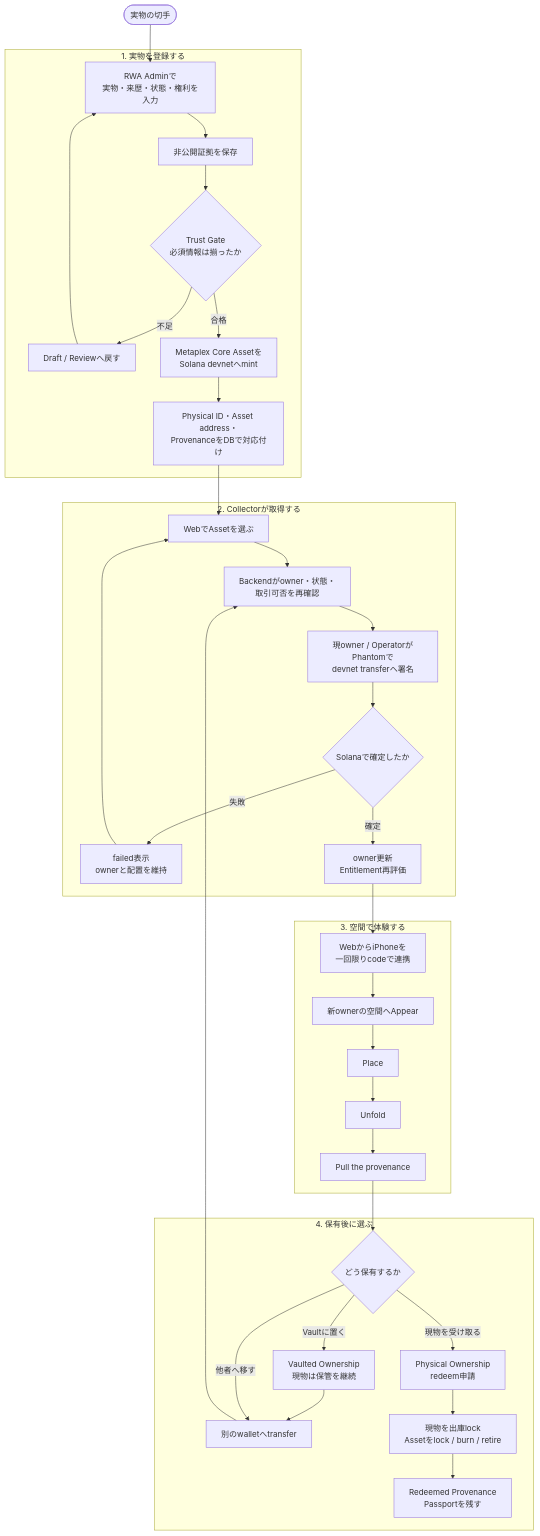
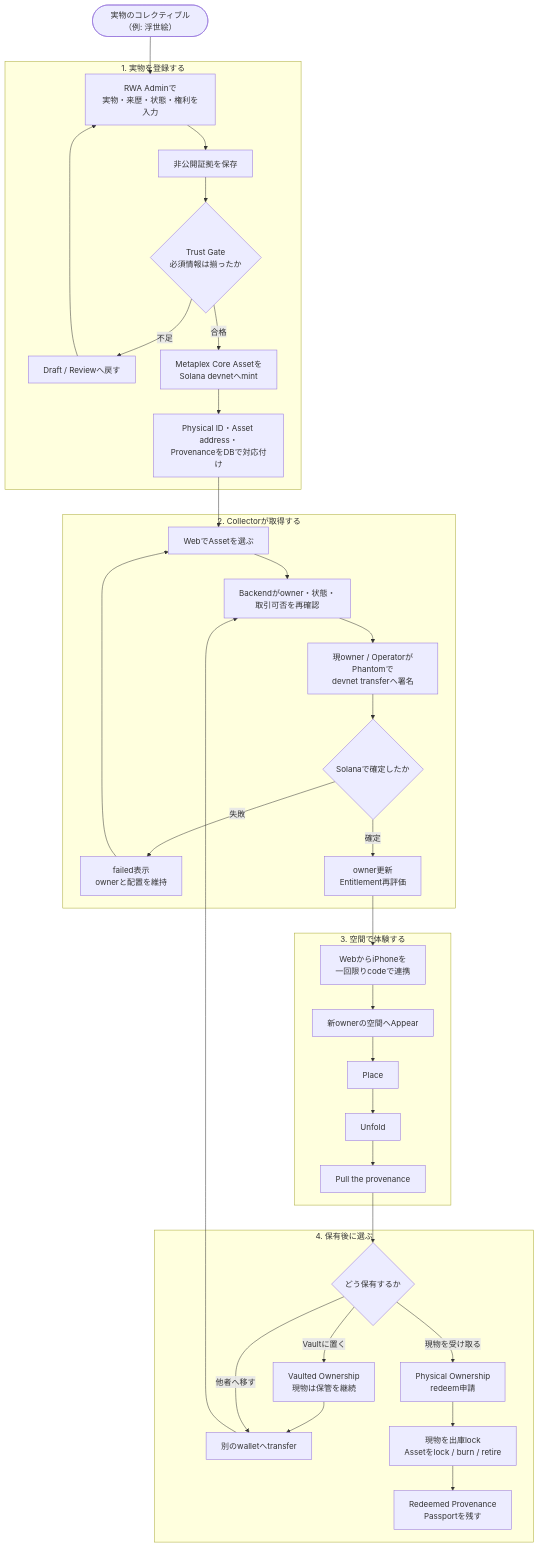
One commit to arisanari/twinfold changed the second of 3 diagrams in docs/architecture.md. Above: the diagram before and after it, drawn with Mermaid. The commit also changed other lines of this file and 32 other files, not shown here.

````diff
--- a/docs/architecture.md
+++ b/docs/architecture.md
@@ -89,52 +91,52 @@
 ```mermaid
 flowchart TB
-    Start([実物の切手])
+    Start([実物のコレクティブル（例: 浮世絵）])
 
     subgraph Register[1. 実物を登録する]
         Admin[RWA Adminで<br/>実物・来歴・状態・権利を入力]
         Evidence[非公開証拠を保存]
         Gate{Trust Gate<br/>必須情報は揃ったか}
         Review[Draft / Reviewへ戻す]
         Mint[Metaplex Core Assetを<br/>Solana devnetへmint]
         Model[Physical ID・Asset address・<br/>ProvenanceをDBで対応付け]
     end
 
     subgraph Acquire[2. Collectorが取得する]
         Select[WebでAssetを選ぶ]
         Check[Backendがowner・状態・<br/>取引可否を再確認]
         Sign[現owner / OperatorがPhantomで<br/>devnet transferへ署名]
         Confirm{Solanaで確定したか}
         Failed[failed表示<br/>ownerと配置を維持]
         Entitlement[owner更新<br/>Entitlement再評価]
     end
 
     subgraph Experience[3. 空間で体験する]
         Link[WebからiPhoneを<br/>一回限りcodeで連携]
         Appear[新ownerの空間へAppear]
         Place[Place]
         Unfold[Unfold]
         Pull[Pull the provenance]
     end
 
     subgraph Next[4. 保有後に選ぶ]
         Choice{どう保有するか}
         Vault[Vaulted Ownership<br/>現物は保管を継続]
         Transfer[別のwalletへtransfer]
         Redeem[Physical Ownership<br/>redeem申請]
         Lock[現物を出庫lock<br/>Assetをlock / burn / retire]
         Passport[Redeemed Provenance<br/>Passportを残す]
     end
 
     Start --> Admin
     Admin --> Evidence --> Gate
     Gate -- 不足 --> Review --> Admin
     Gate -- 合格 --> Mint --> Model
     Model --> Select --> Check --> Sign --> Confirm
     Confirm -- 失敗 --> Failed --> Select
     Confirm -- 確定 --> Entitlement
     Entitlement --> Link --> Appear --> Place --> Unfold --> Pull --> Choice
     Choice -- Vaultに置く --> Vault --> Transfer
     Choice -- 他者へ移す --> Transfer
     Transfer --> Check
     Choice -- 現物を受け取る --> Redeem --> Lock --> Passport
 ```
````
